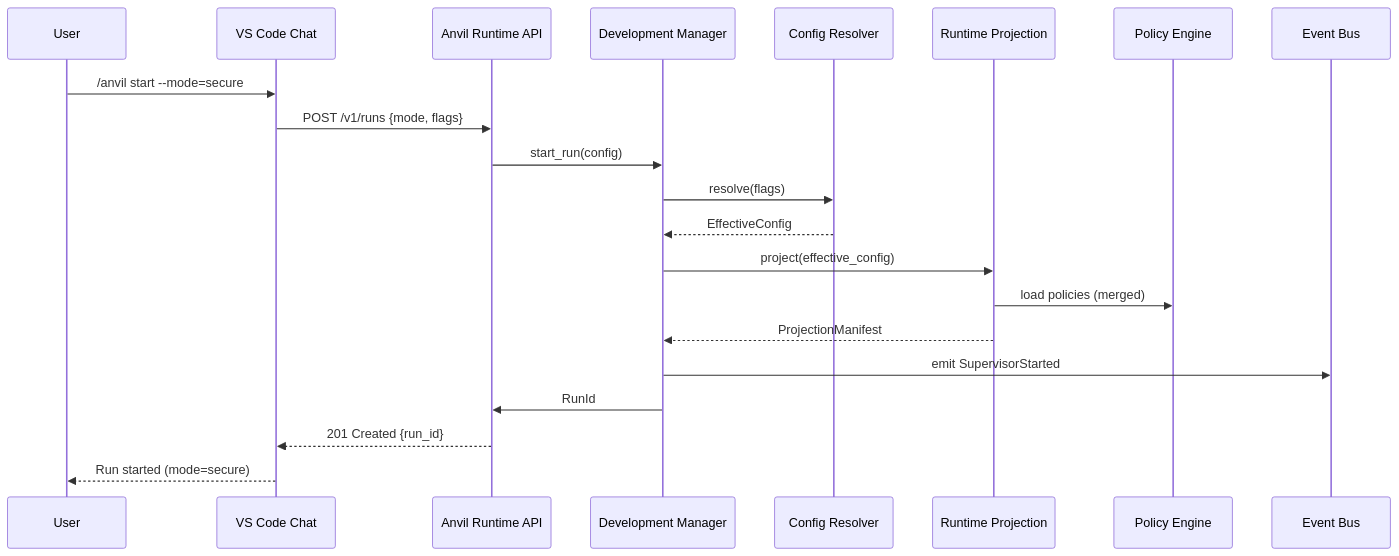
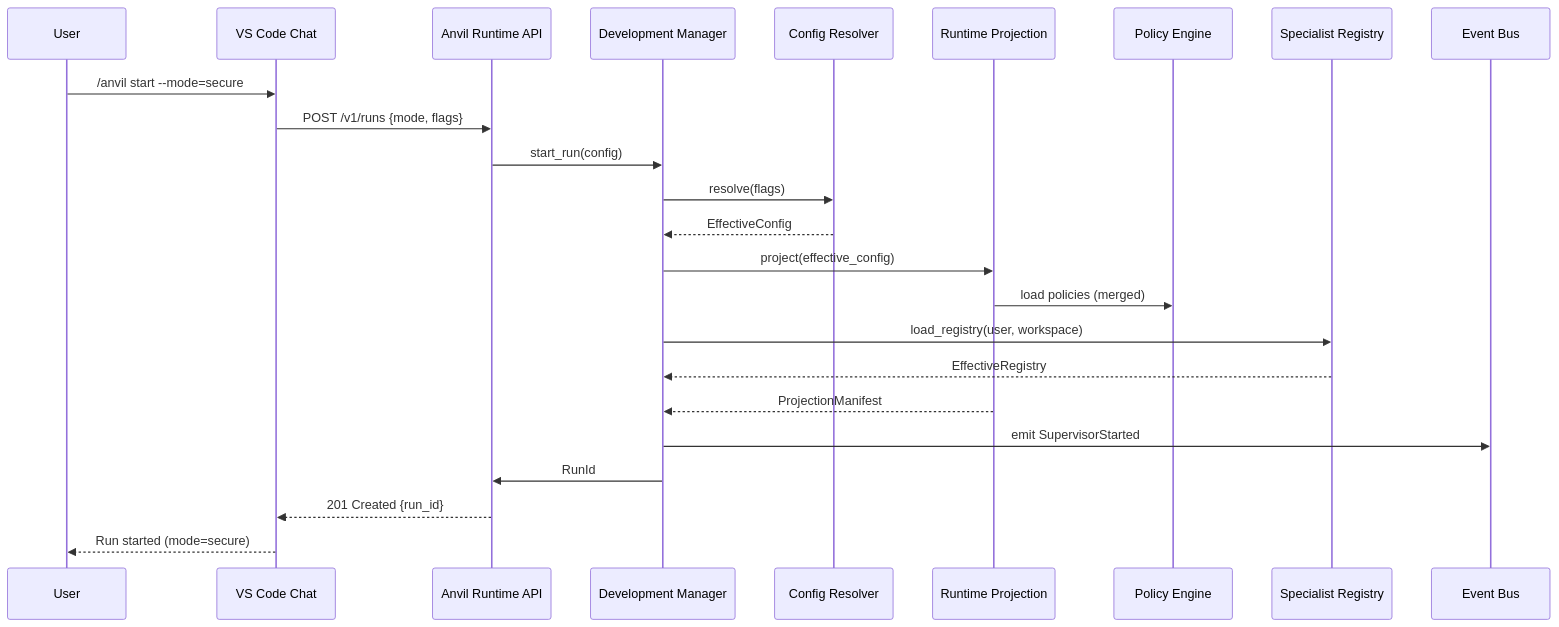
One commit to aai-pai/anvil-coding-agent changed the third of 8 diagrams in docs/architecture.md. Above: the diagram before and after it, drawn with Mermaid. The commit also changed other lines of this file and 1 other file, not shown here.

Commit message:
[ARCHITECTURE] Align spec and architecture docs

````diff
--- a/docs/architecture.md
+++ b/docs/architecture.md
@@ -379,24 +405,27 @@
 ```mermaid
 sequenceDiagram
     participant U as User
     participant VS as VS Code Chat
     participant API as Anvil Runtime API
     participant DM as Development Manager
     participant CR as Config Resolver
     participant RP as Runtime Projection
     participant PE as Policy Engine
+    participant SRR as Specialist Registry
     participant EB as Event Bus
 
     U->>VS: /anvil start --mode=secure
     VS->>API: POST /v1/runs {mode, flags}
     API->>DM: start_run(config)
     DM->>CR: resolve(flags)
     CR-->>DM: EffectiveConfig
     DM->>RP: project(effective_config)
     RP->>PE: load policies (merged)
+    DM->>SRR: load_registry(user, workspace)
+    SRR-->>DM: EffectiveRegistry
     RP-->>DM: ProjectionManifest
     DM->>EB: emit SupervisorStarted
     DM->>API: RunId
     API-->>VS: 201 Created {run_id}
     VS-->>U: Run started (mode=secure)
 ```
````
